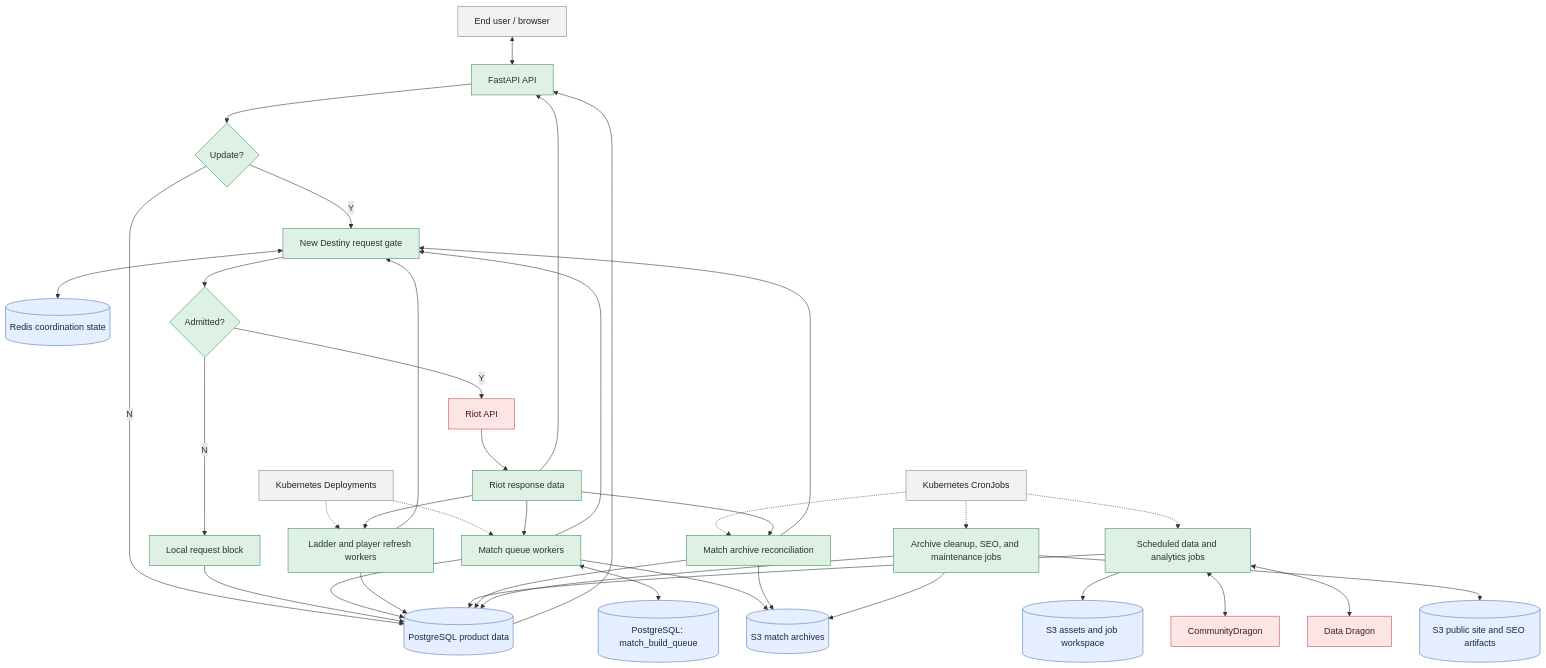
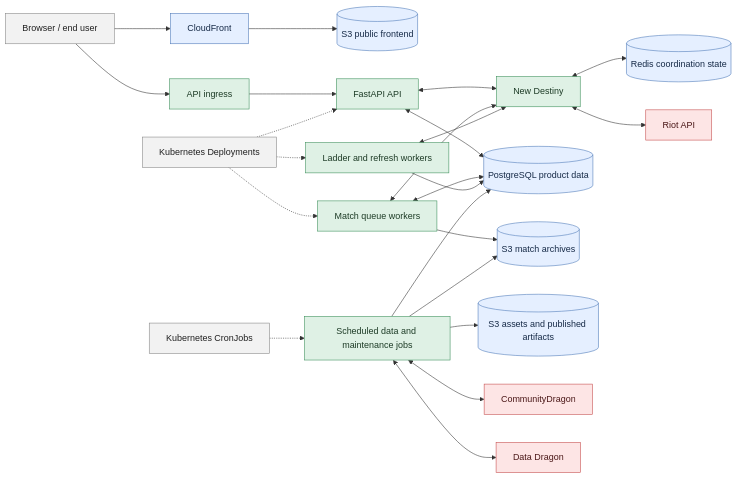
The first of 5 diagrams in docs/backend-runtime.md (winrates-gg/wrgg-public-documentation), drawn with Mermaid before and after one commit. The commit also changed other lines of this file, not shown here.

Commit message:
Testing mermaid .md rendering in github

````diff
--- a/docs/backend-runtime.md
+++ b/docs/backend-runtime.md
@@ -98,79 +21,59 @@
 ```mermaid
-flowchart TB
-    Browser[End user / browser]
+flowchart LR
+    Browser[Browser / end user]
+    CloudFront[CloudFront]
+    PublicSite[(S3 public frontend)]
+    APIIngress[API ingress]
+    API[FastAPI API]
     Deployments[Kubernetes Deployments]
     CronJobs[Kubernetes CronJobs]
-    API[FastAPI API]
-    Update{Update?}
-    MatchQueue[(PostgreSQL: match_build_queue)]
     MatchWorker[Match queue workers]
-    LadderWorker[Ladder and player refresh workers]
-    Jobs[Scheduled data and analytics jobs]
-    ArchiveReconcile[Match archive reconciliation]
-    Maintenance[Archive cleanup, SEO, and maintenance jobs]
-
-    Gate[New Destiny request gate]
+    LadderWorker[Ladder and refresh workers]
+    Jobs[Scheduled data and maintenance jobs]
+    NewDestiny[New Destiny]
     Redis[(Redis coordination state)]
-    Admission{Admitted?}
-    Block[Local request block]
-    Riot[Riot API]
-    RiotResponse[Riot response data]
     Postgres[(PostgreSQL product data)]
     Archives[(S3 match archives)]
-    Assets[(S3 assets and job workspace)]
-    PublicSite[(S3 public site and SEO artifacts)]
-
+    Assets[(S3 assets and published artifacts)]
+    Riot[Riot API]
     CommunityDragon[CommunityDragon]
     DataDragon[Data Dragon]
 
-    Browser <--> API
-    API --> Update
-    Update -->|N| Postgres
-    Update -->|Y| Gate
-    MatchWorker <--> MatchQueue
-    CronJobs -.-> Jobs
-    CronJobs -.-> ArchiveReconcile
-    CronJobs -.-> Maintenance
+    Browser --> CloudFront
+    CloudFront --> PublicSite
+    Browser --> APIIngress
+    APIIngress --> API
+
+    Deployments -.-> API
     Deployments -.-> MatchWorker
     Deployments -.-> LadderWorker
+    CronJobs -.-> Jobs
 
-    MatchWorker --> Gate
-    LadderWorker --> Gate
-    ArchiveReconcile --> Gate
-    Gate <--> Redis
-    Gate --> Admission
-    Admission -->|Y| Riot
-    Admission -->|N| Block
-    Block --> Postgres
-    Riot --> RiotResponse
-    RiotResponse --> API
-    RiotResponse --> MatchWorker
-    RiotResponse --> LadderWorker
-    RiotResponse --> ArchiveReconcile
+    API <--> NewDestiny
+    MatchWorker <--> NewDestiny
+    LadderWorker <--> NewDestiny
+    NewDestiny <--> Redis
+    NewDestiny <--> Riot
 
-    Postgres --> API
-    MatchWorker --> Postgres
+    API <--> Postgres
+    MatchWorker <--> Postgres
     MatchWorker --> Archives
     LadderWorker --> Postgres
+    Jobs <--> CommunityDragon
+    Jobs <--> DataDragon
     Jobs --> Postgres
     Jobs --> Assets
-    ArchiveReconcile --> Postgres
-    ArchiveReconcile --> Archives
-    Maintenance --> Postgres
-    Maintenance --> Archives
-    Maintenance --> PublicSite
-    Jobs <--> CommunityDragon
-    Jobs <--> DataDragon
+    Jobs --> Archives
 
     classDef user fill:#f2f2f2,stroke:#858585,color:#202020
     classDef platform fill:#f2f2f2,stroke:#858585,color:#202020
     classDef backend fill:#dff1e5,stroke:#3b8f5a,color:#1d3b26
     classDef aws fill:#e5efff,stroke:#4c78b8,color:#162a47
     classDef external fill:#fde5e5,stroke:#c54b4b,color:#4a1717
 
     class Browser user
     class Deployments,CronJobs platform
-    class API,MatchWorker,LadderWorker,Jobs,ArchiveReconcile,Maintenance,Update,Gate,Admission,Block,RiotResponse backend
-    class MatchQueue,Redis,Postgres,Archives,Assets,PublicSite aws
+    class API,APIIngress,MatchWorker,LadderWorker,Jobs,NewDestiny backend
+    class CloudFront,PublicSite,Redis,Postgres,Archives,Assets aws
     class Riot,CommunityDragon,DataDragon external
 ```
````
